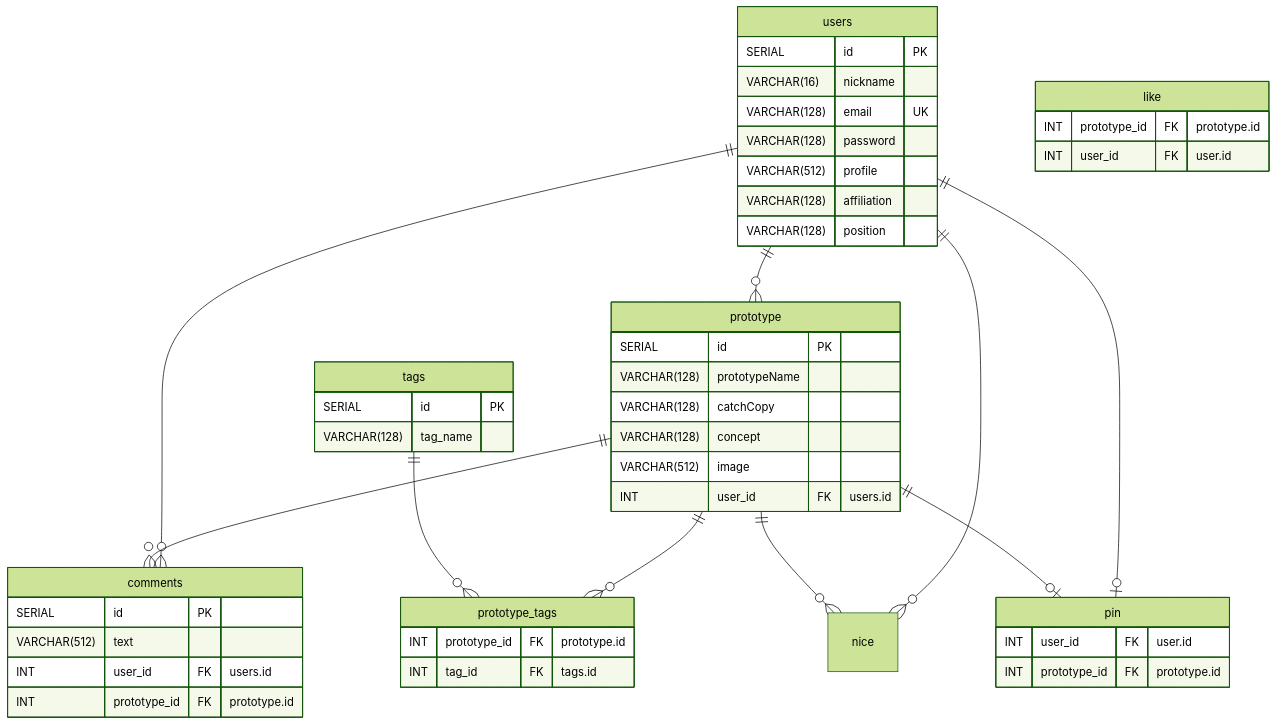
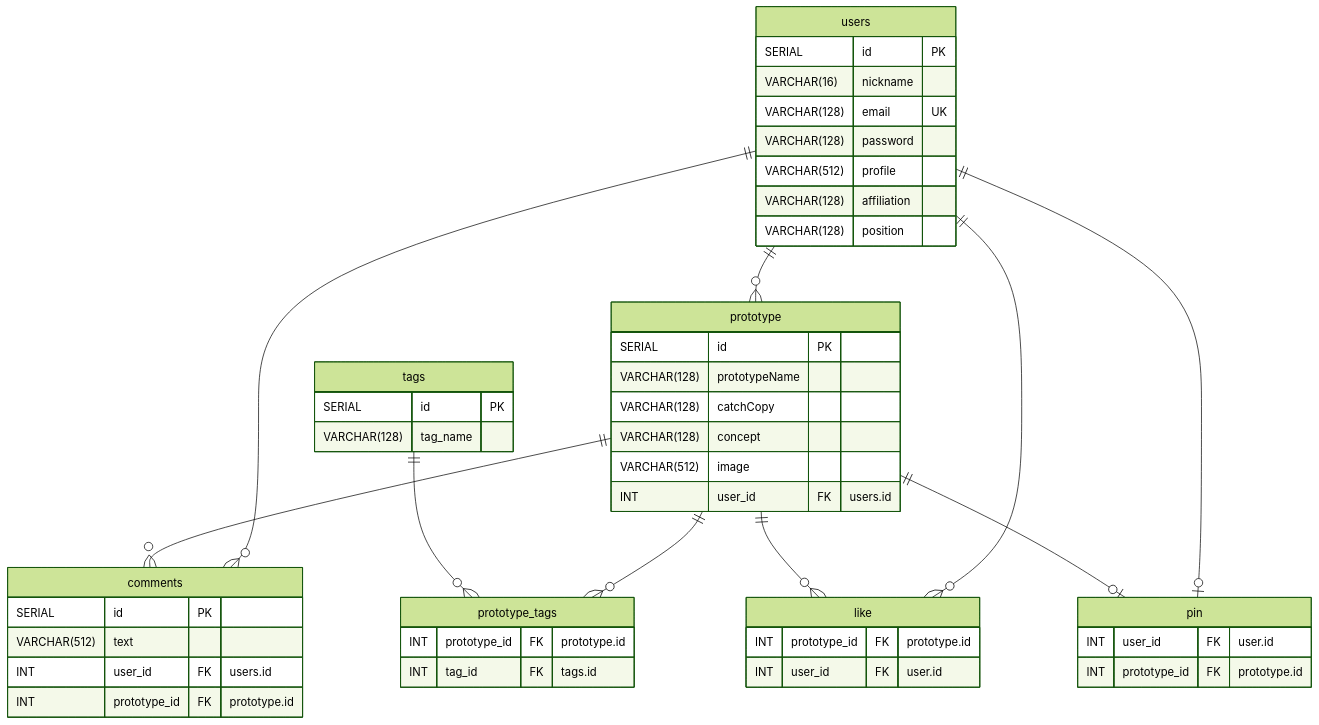
One commit to Maeda-smart/protospace-b changed the diagram in README.md. Above: the diagram before and after it, drawn with Mermaid (forest theme).

````diff
--- a/README.md
+++ b/README.md
@@ -16,51 +16,51 @@
 ```mermaid
 erDiagram
   users ||--o{ prototype: ""
   users ||--o{ comments: ""
   prototype ||--o{ comments: ""
   prototype ||--o{ prototype_tags: ""
   tags ||--o{ prototype_tags: ""
-  users ||--o{ nice: ""
-  prototype ||--o{ nice: ""
+  users ||--o{ like: ""
+  prototype ||--o{ like: ""
   users ||--o| pin: ""
   prototype ||--o| pin: ""
   users{
     SERIAL id PK
     VARCHAR(16) nickname
     VARCHAR(128) email UK
     VARCHAR(128) password
     VARCHAR(512) profile
     VARCHAR(128) affiliation
     VARCHAR(128) position
   }
   prototype{
     SERIAL id PK
     VARCHAR(128) prototypeName
     VARCHAR(128) catchCopy
     VARCHAR(128) concept
     VARCHAR(512) image
     INT user_id FK "users.id"
   }
   comments{
     SERIAL id PK
     VARCHAR(512) text
     INT user_id FK "users.id"
     INT prototype_id FK "prototype.id"
   }
   tags{
     SERIAL id PK
     VARCHAR(128) tag_name
   }
   prototype_tags{
     INT prototype_id FK "prototype.id"
     INT tag_id FK "tags.id"
   }
   like{
     INT prototype_id FK "prototype.id"
     INT user_id FK "user.id"
   }
   pin{
     INT user_id FK "user.id"
     INT prototype_id FK "prototype.id"
   }
 ```
````
